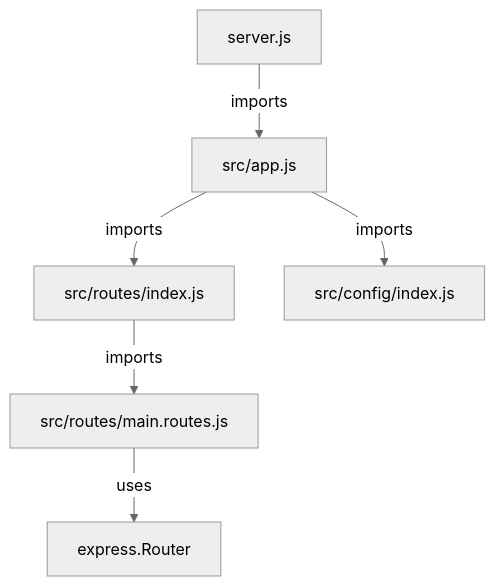
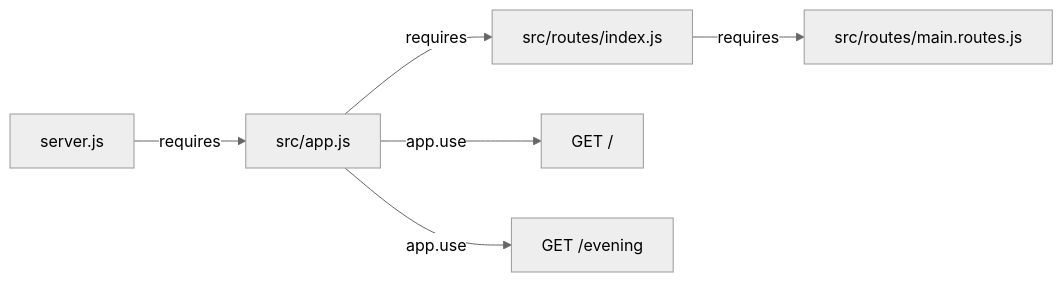
Before and after one commit to sudhanshu-spec/test-spec: the first of 2 diagrams in blitzy/documentation/Technical Specifications.md, drawn with Mermaid (neutral theme). The commit also changed other lines of this file, not shown here.

````diff
--- a/blitzy/documentation/Technical Specifications.md
+++ b/blitzy/documentation/Technical Specifications.md
@@ -210,8 +111,8 @@
 ```mermaid
-graph TD
-    A[server.js] -->|imports| B[src/app.js]
-    B -->|imports| C[src/routes/index.js]
-    B -->|imports| D[src/config/index.js]
-    C -->|imports| E[src/routes/main.routes.js]
-    E -->|uses| F[express.Router]
+graph LR
+    A[server.js] -->|requires| B[src/app.js]
+    B -->|requires| C[src/routes/index.js]
+    C -->|requires| D[src/routes/main.routes.js]
+    B -->|app.use| E["GET /"]
+    B -->|app.use| F["GET /evening"]
 ```
````
